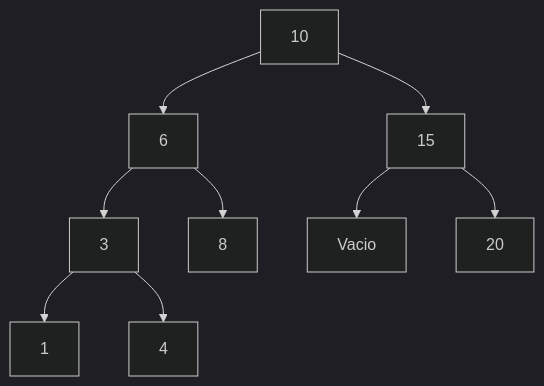
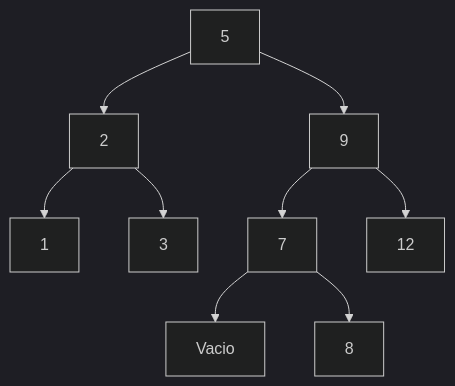
The second of 5 diagrams in estructuras-discretas/practica6/README.md (mariferbarrios6556/Estructura-Discretas), drawn with Mermaid (dark theme) before and after one commit. The commit also changed other lines of this file, not shown here.

````diff
--- a/estructuras-discretas/practica6/README.md
+++ b/estructuras-discretas/practica6/README.md
@@ -33,11 +29,11 @@
 ```mermaid
 graph TB
-A[10] --> B[6]
-A --> C[15]
-B --> D[3]
-B --> E[8]
-D --> F[1]
-D --> G[4]
-C --> H[Vacio]
-C --> I[20]
+A[5] --> B[2]
+A --> C[9]
+B --> D[1]
+B --> E[3]
+C --> F[7]
+C --> G[12]
+F --> H[Vacio]
+F --> I[8]
 ```
````
